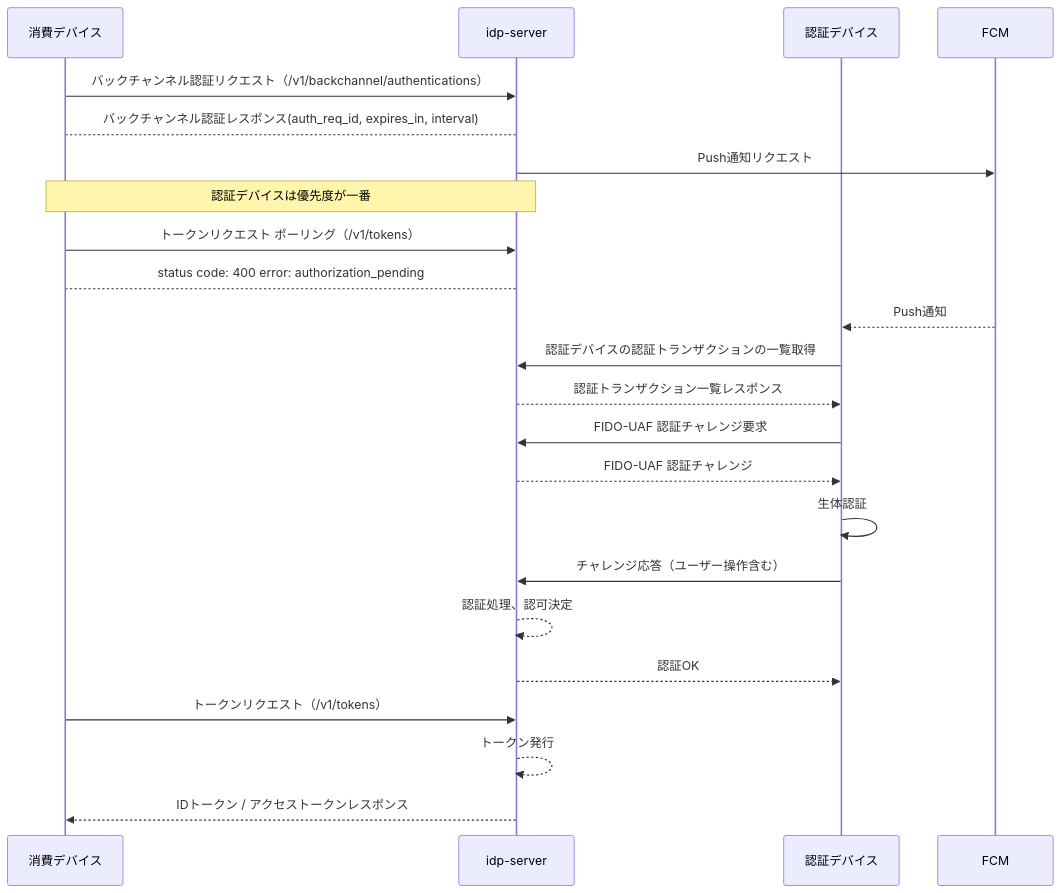
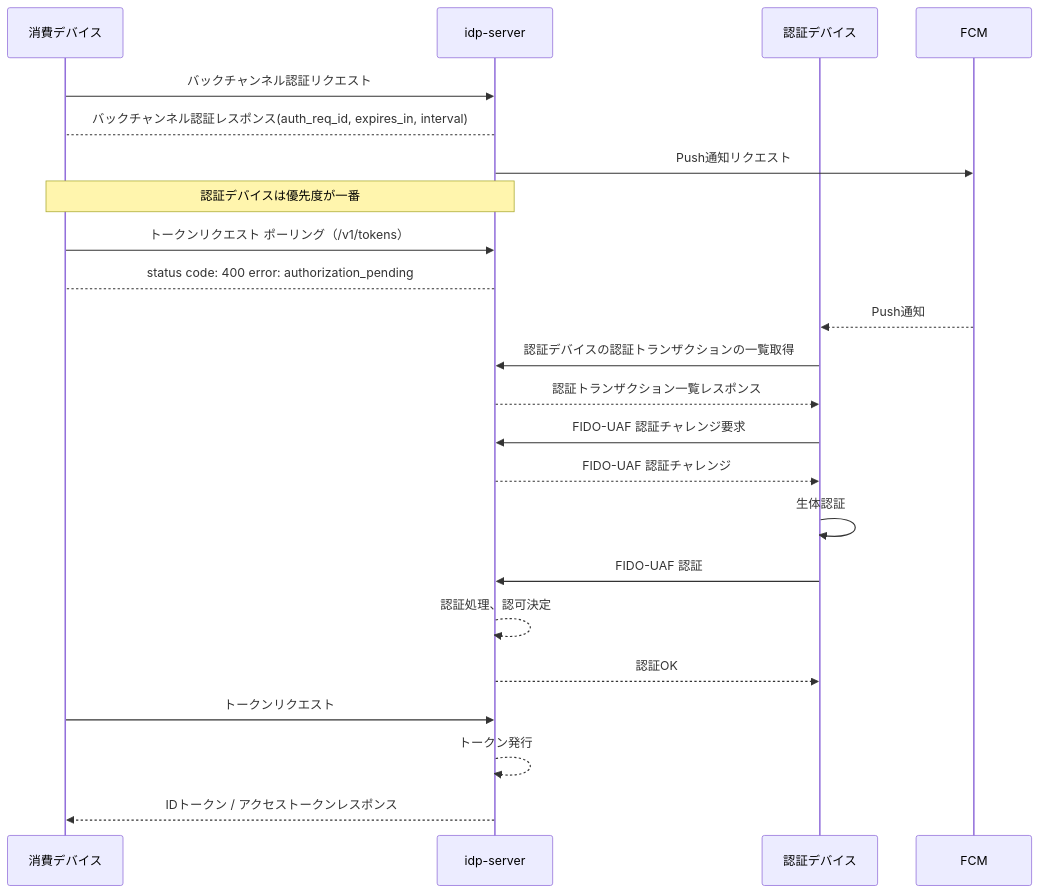
Before and after one commit to hirokazu-kobayashi-koba-hiro/idp-server: the diagram in documentation/i18n/ja/docusaurus-plugin-content-docs/current/ciba-flow-fido-uaf.md, drawn with Mermaid. The commit also changed other lines of this file and 28 other files, not shown here.

````diff
--- a/documentation/i18n/ja/docusaurus-plugin-content-docs/current/ciba-flow-fido-uaf.md
+++ b/documentation/i18n/ja/docusaurus-plugin-content-docs/current/ciba-flow-fido-uaf.md
@@ -14,27 +14,25 @@
 ```mermaid
 sequenceDiagram
     participant Client as 消費デバイス
     participant idp as idp-server
     participant Device as 認証デバイス
     participant fcm as FCM
-    Client ->> idp: バックチャンネル認証リクエスト（/v1/backchannel/authentications）
+    Client ->> idp: バックチャンネル認証リクエスト
     idp --> Client: バックチャンネル認証レスポンス(auth_req_id, expires_in, interval)
     idp ->> fcm: Push通知リクエスト
-    
     note over Client, idp: 認証デバイスは優先度が一番
-    
     Client ->> idp: トークンリクエスト ポーリング（/v1/tokens）
     idp --> Client: status code: 400 error: authorization_pending
     fcm -->> Device: Push通知
     Device ->> idp: 認証デバイスの認証トランザクションの一覧取得
     idp -->> Device: 認証トランザクション一覧レスポンス
     Device ->> idp: FIDO-UAF 認証チャレンジ要求
     idp -->> Device: FIDO-UAF 認証チャレンジ
     Device ->> Device: 生体認証
-    Device ->> idp: チャレンジ応答（ユーザー操作含む）
+    Device ->> idp: FIDO-UAF 認証
     idp -->> idp: 認証処理、認可決定
     idp -->> Device: 認証OK
-    Client ->> idp: トークンリクエスト（/v1/tokens）
+    Client ->> idp: トークンリクエスト
     idp -->> idp: トークン発行
     idp -->> Client: IDトークン / アクセストークンレスポンス
 ```
````
